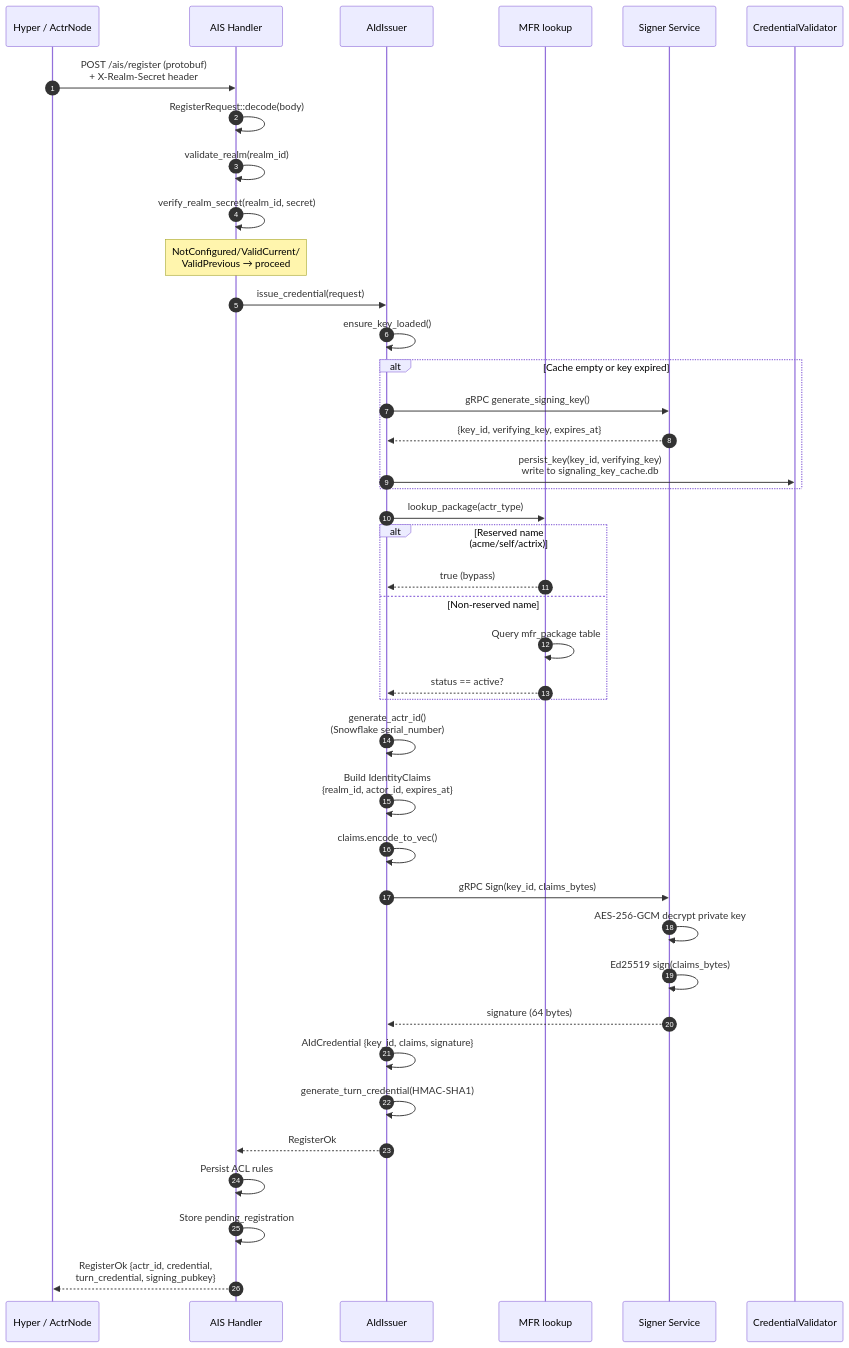
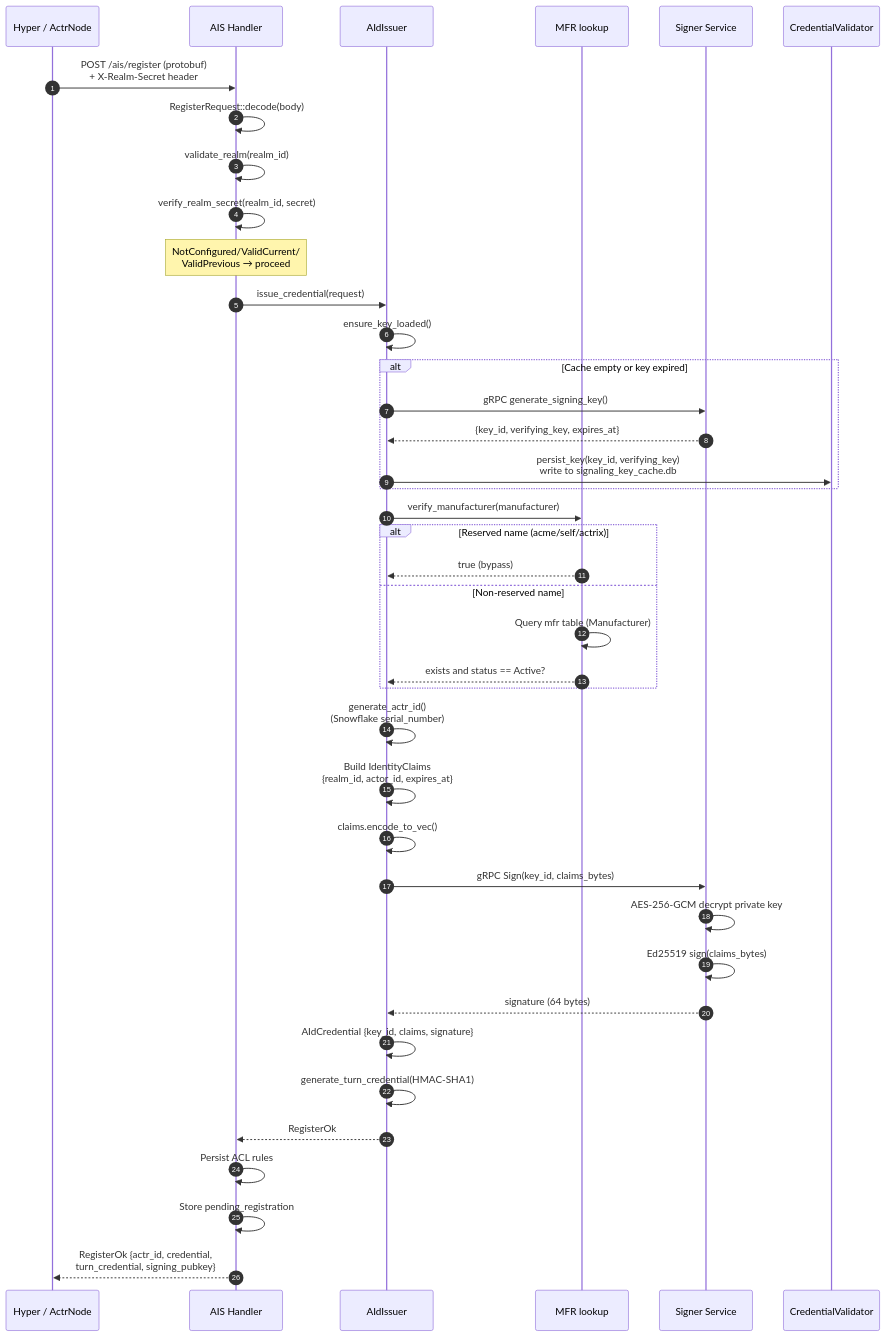
One commit to Actrium/actr changed the seventh of 9 diagrams in docs/actr-sign-sequence-diagram.md. Above: the diagram before and after it, drawn with Mermaid. The commit also changed other lines of this file and 1 other file, not shown here.

Commit message:
docs: update known issues with verify_manufacturer, package distribution, and solutions

````diff
--- a/docs/actr-sign-sequence-diagram.md
+++ b/docs/actr-sign-sequence-diagram.md
@@ -224,43 +228,43 @@
 ```mermaid
 sequenceDiagram
     autonumber
     participant Hyper as Hyper / ActrNode
     participant AIS as AIS Handler
     participant Issuer as AIdIssuer
     participant MFR as MFR lookup
     participant Signer as Signer Service
     participant Validator as CredentialValidator
 
     Hyper->>AIS: POST /ais/register (protobuf)<br/>+ X-Realm-Secret header
     AIS->>AIS: RegisterRequest::decode(body)
     AIS->>AIS: validate_realm(realm_id)
     AIS->>AIS: verify_realm_secret(realm_id, secret)
     Note over AIS: NotConfigured/ValidCurrent/<br/>ValidPrevious → proceed
     AIS->>Issuer: issue_credential(request)
     Issuer->>Issuer: ensure_key_loaded()
     alt Cache empty or key expired
         Issuer->>Signer: gRPC generate_signing_key()
         Signer-->>Issuer: {key_id, verifying_key, expires_at}
         Issuer->>Validator: persist_key(key_id, verifying_key)<br/>write to signaling_key_cache.db
     end
-    Issuer->>MFR: lookup_package(actr_type)
+    Issuer->>MFR: verify_manufacturer(manufacturer)
     alt Reserved name (acme/self/actrix)
         MFR-->>Issuer: true (bypass)
     else Non-reserved name
-        MFR->>MFR: Query mfr_package table
-        MFR-->>Issuer: status == active?
+        MFR->>MFR: Query mfr table (Manufacturer)
+        MFR-->>Issuer: exists and status == Active?
     end
     Issuer->>Issuer: generate_actr_id()<br/>(Snowflake serial_number)
     Issuer->>Issuer: Build IdentityClaims<br/>{realm_id, actor_id, expires_at}
     Issuer->>Issuer: claims.encode_to_vec()
     Issuer->>Signer: gRPC Sign(key_id, claims_bytes)
     Signer->>Signer: AES-256-GCM decrypt private key
     Signer->>Signer: Ed25519 sign(claims_bytes)
     Signer-->>Issuer: signature (64 bytes)
     Issuer->>Issuer: AIdCredential {key_id, claims, signature}
     Issuer->>Issuer: generate_turn_credential(HMAC-SHA1)
     Issuer-->>AIS: RegisterOk
     AIS->>AIS: Persist ACL rules
     AIS->>AIS: Store pending_registration
     AIS-->>Hyper: RegisterOk {actr_id, credential,<br/>turn_credential, signing_pubkey}
 ```
````
